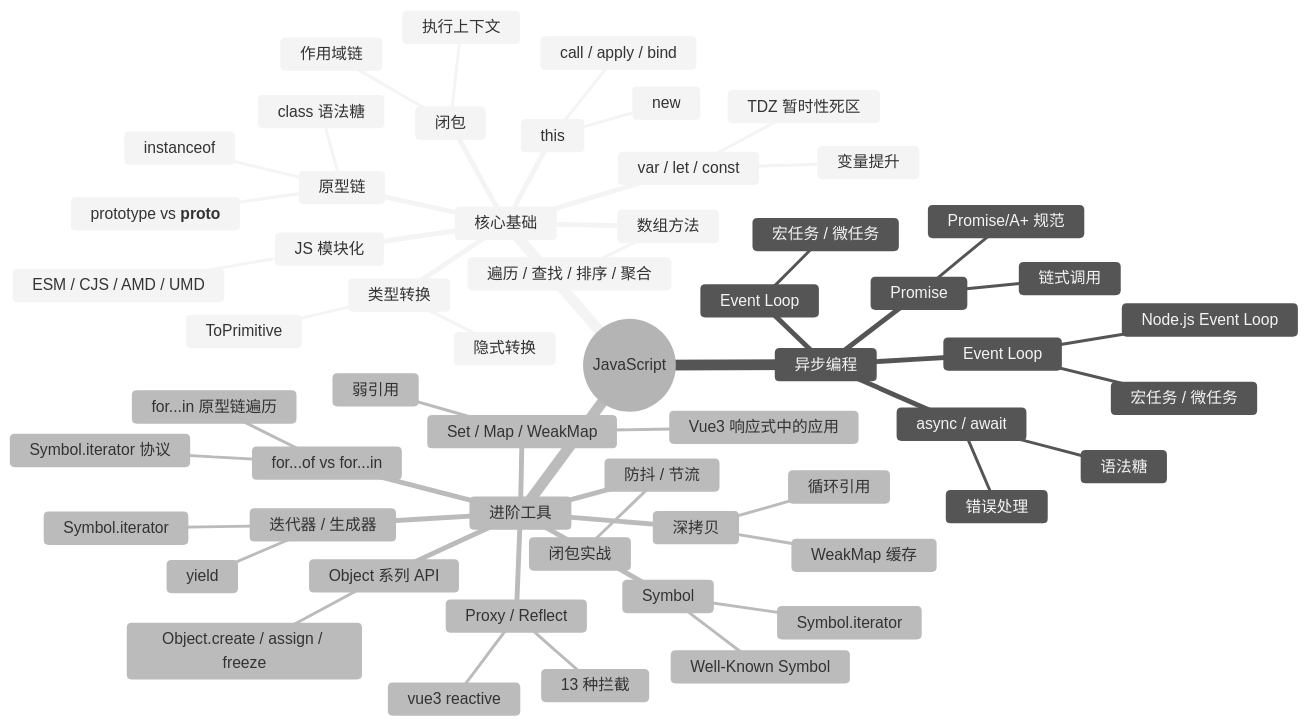
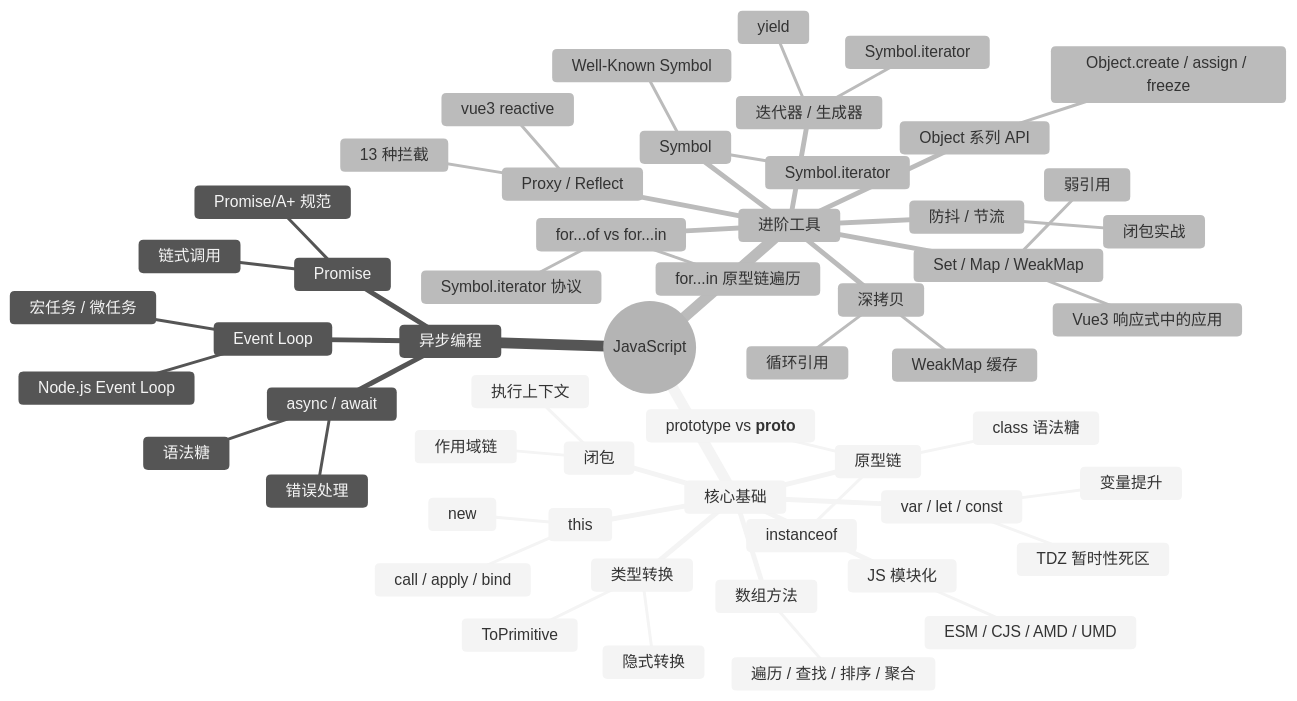
The diagram in docs/JavaScript/index.md (zjh42139/interview-notes), drawn with Mermaid (neutral theme) before and after one commit. The commit also changed other lines of this file and 52 other files, not shown here.

````diff
--- a/docs/JavaScript/index.md
+++ b/docs/JavaScript/index.md
@@ -9,60 +10,58 @@
 ```mermaid
 mindmap
   root((JavaScript))
     核心基础
       this
         call / apply / bind
         new
       原型链
         prototype vs __proto__
         instanceof
         class 语法糖
       闭包
         作用域链
         执行上下文
       var / let / const
         变量提升
         TDZ 暂时性死区
       类型转换
         隐式转换
         ToPrimitive
       数组方法
         遍历 / 查找 / 排序 / 聚合
       JS 模块化
         ESM / CJS / AMD / UMD
     异步编程
       Event Loop
         宏任务 / 微任务
+        Node.js Event Loop
       Promise
         链式调用
         Promise/A+ 规范
       async / await
         语法糖
         错误处理
-      Event Loop
-        宏任务 / 微任务
-        Node.js Event Loop
     进阶工具
       Set / Map / WeakMap
         弱引用
         Vue3 响应式中的应用
       Symbol
         Well-Known Symbol
         Symbol.iterator
       Object 系列 API
         Object.create / assign / freeze
       Proxy / Reflect
         13 种拦截
         vue3 reactive
       深拷贝
         循环引用
         WeakMap 缓存
       防抖 / 节流
         闭包实战
       for...of vs for...in
         Symbol.iterator 协议
         for...in 原型链遍历
       迭代器 / 生成器
         Symbol.iterator
         yield
 ```
````
